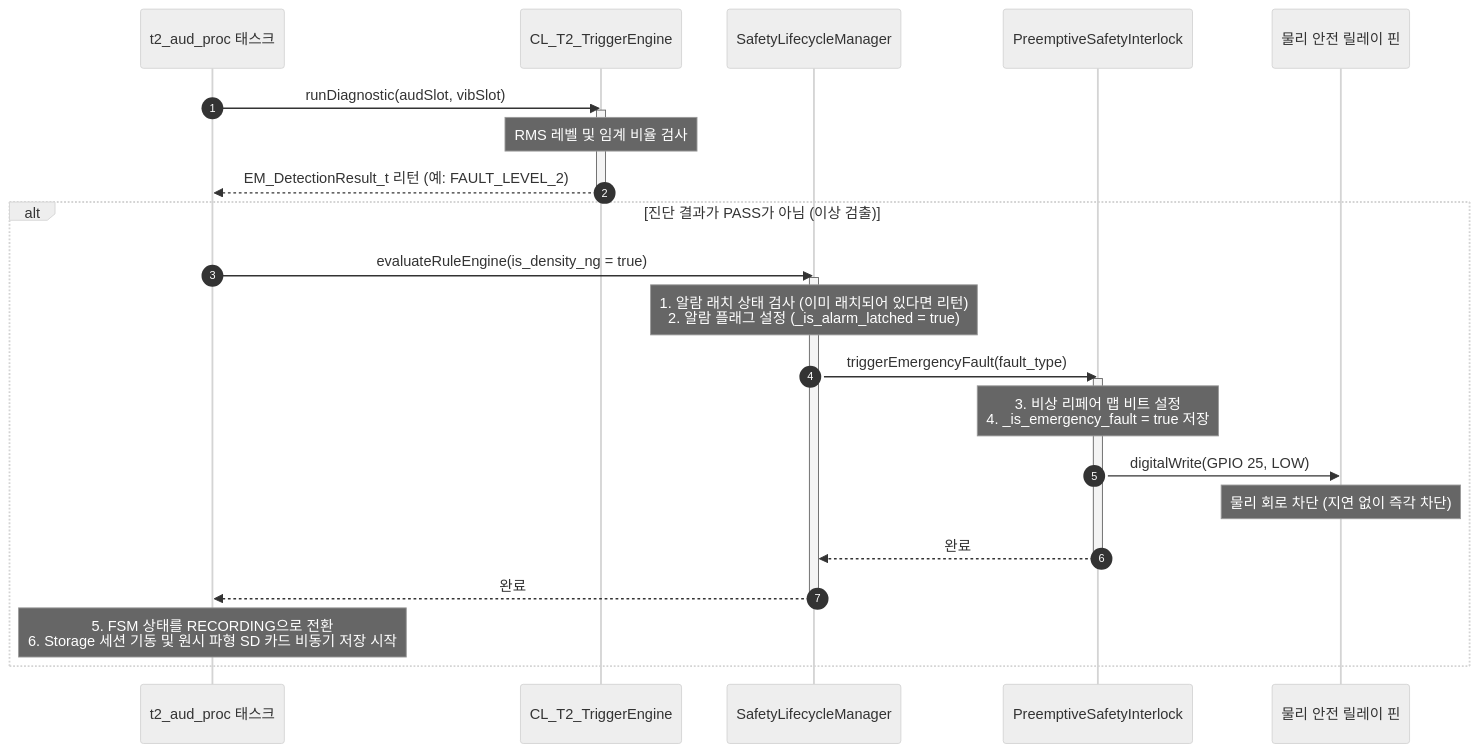
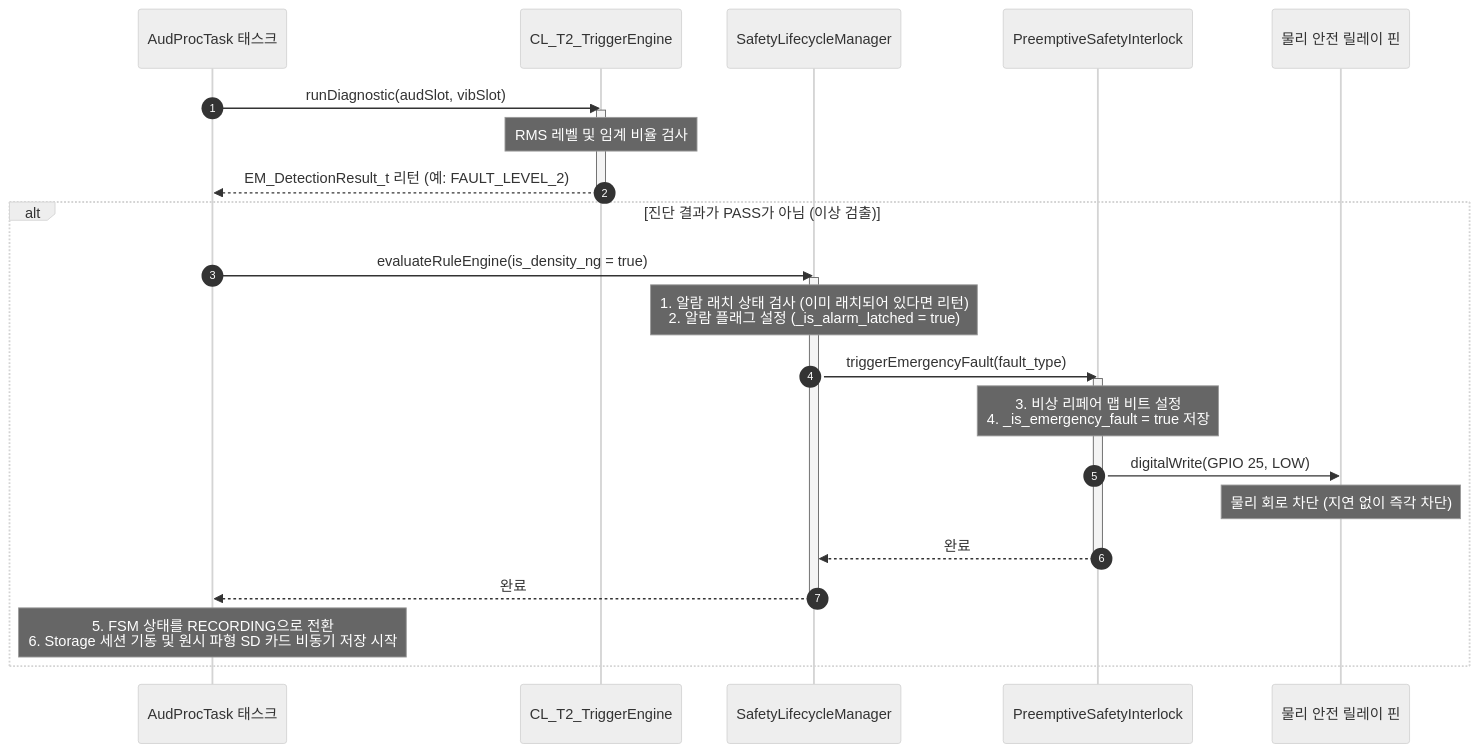
Before and after one commit to hosanglee-kr/ESP32_MSFM_250: the fourth of 5 diagrams in src/T2_MSFM_250/Docs_FuncSpec/S40_func_flow_250.md, drawn with Mermaid (neutral theme). The commit also changed other lines of this file and 9 other files, not shown here.

````diff
--- a/src/T2_MSFM_250/Docs_FuncSpec/S40_func_flow_250.md
+++ b/src/T2_MSFM_250/Docs_FuncSpec/S40_func_flow_250.md
@@ -194,35 +194,35 @@
 ```mermaid
 sequenceDiagram
     autonumber
-    participant AudProc as t2_aud_proc 태스크
+    participant AudProc as AudProcTask 태스크
     participant TrigEng as CL_T2_TriggerEngine
     participant SafetyMgr as SafetyLifecycleManager
     participant Interlock as PreemptiveSafetyInterlock
     participant Relay as 물리 안전 릴레이 핀
 
     AudProc->>TrigEng: runDiagnostic(audSlot, vibSlot)
     activate TrigEng
     Note over TrigEng: RMS 레벨 및 임계 비율 검사
     TrigEng-->>AudProc: EM_DetectionResult_t 리턴 (예: FAULT_LEVEL_2)
     deactivate TrigEng
 
     alt 진단 결과가 PASS가 아님 (이상 검출)
         AudProc->>SafetyMgr: evaluateRuleEngine(is_density_ng = true)
         activate SafetyMgr
         Note over SafetyMgr: 1. 알람 래치 상태 검사 (이미 래치되어 있다면 리턴)<br/>2. 알람 플래그 설정 (_is_alarm_latched = true)
         
         SafetyMgr->>Interlock: triggerEmergencyFault(fault_type)
         activate Interlock
         Note over Interlock: 3. 비상 리페어 맵 비트 설정<br/>4. _is_emergency_fault = true 저장
         
         Interlock->>Relay: digitalWrite(GPIO 25, LOW)
         Note over Relay: 물리 회로 차단 (지연 없이 즉각 차단)
         
         Interlock-->>SafetyMgr: 완료
         deactivate Interlock
         SafetyMgr-->>AudProc: 완료
         deactivate SafetyMgr
         
         Note over AudProc: 5. FSM 상태를 RECORDING으로 전환<br/>6. Storage 세션 기동 및 원시 파형 SD 카드 비동기 저장 시작
     end
 ```
````
